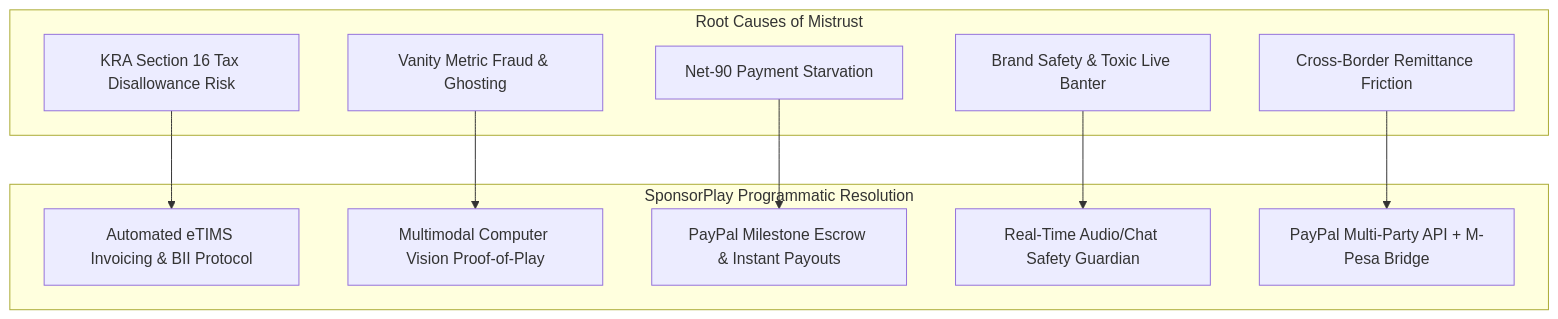
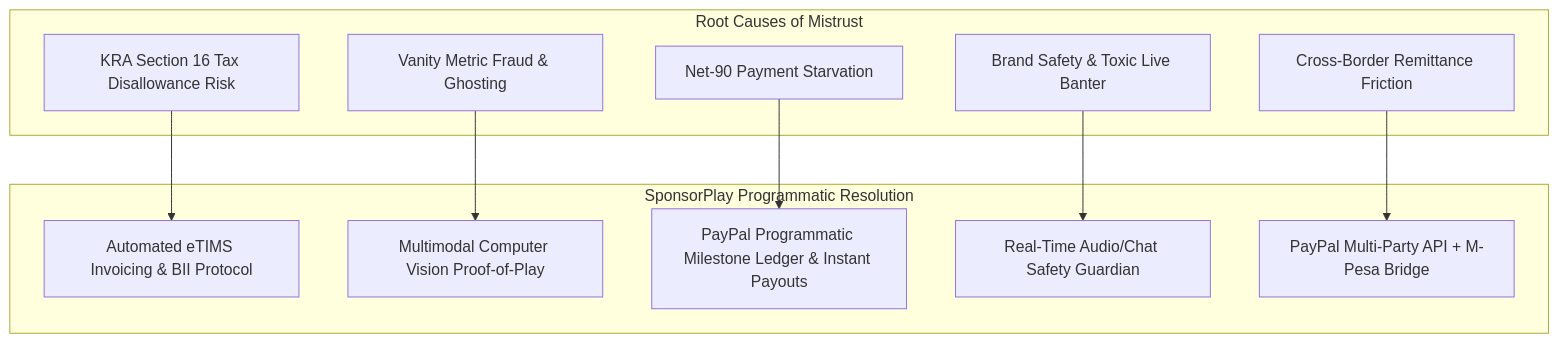
One commit to Ryanjuguna/barbah-sponsorplay changed the first of 4 diagrams in SPONSORPLAY_MASTER_BLUEPRINT.md. Above: the diagram before and after it, drawn with Mermaid. The commit also changed other lines of this file and 5 other files, not shown here.

Commit message:
Complete repository-wide documentation audit: purge escrow terminology and enforce PayPal programmatic milestone ledger across all architecture specs

````diff
--- a/SPONSORPLAY_MASTER_BLUEPRINT.md
+++ b/SPONSORPLAY_MASTER_BLUEPRINT.md
@@ -108,24 +108,24 @@
 ```mermaid
 graph TD
     subgraph "Root Causes of Mistrust"
         R1[KRA Section 16 Tax Disallowance Risk]
         R2[Vanity Metric Fraud & Ghosting]
         R3[Net-90 Payment Starvation]
         R4[Brand Safety & Toxic Live Banter]
         R5[Cross-Border Remittance Friction]
     end
 
     subgraph "SponsorPlay Programmatic Resolution"
         S1[Automated eTIMS Invoicing & BII Protocol]
         S2[Multimodal Computer Vision Proof-of-Play]
-        S3[PayPal Milestone Escrow & Instant Payouts]
+        S3[PayPal Programmatic Milestone Ledger & Instant Payouts]
         S4[Real-Time Audio/Chat Safety Guardian]
         S5[PayPal Multi-Party API + M-Pesa Bridge]
     end
 
     R1 --> S1
     R2 --> S2
     R3 --> S3
     R4 --> S4
     R5 --> S5
 ```
````
